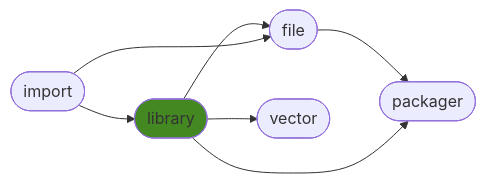
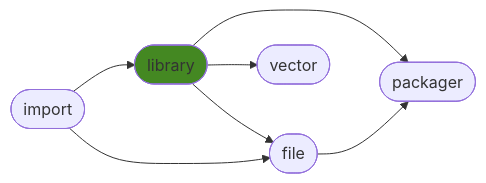
Before and after one commit to ManderaGeneral/generallibrary: the diagram in README.md, drawn with Mermaid. The commit also changed other lines of this file, not shown here.

````diff
--- a/README.md
+++ b/README.md
@@ -24,15 +24,15 @@
 ```mermaid
 flowchart LR
-2([file]) --> 4([packager])
-1([library]) --> 2([file])
+1([library]) --> 4([packager])
 0([import]) --> 1([library])
 1([library]) --> 3([vector])
-1([library]) --> 4([packager])
+1([library]) --> 2([file])
+2([file]) --> 4([packager])
 0([import]) --> 2([file])
 click 0 "https://github.com/ManderaGeneral/generalimport"
 click 1 "https://github.com/ManderaGeneral/generallibrary"
 click 2 "https://github.com/ManderaGeneral/generalfile"
 click 3 "https://github.com/ManderaGeneral/generalvector"
 click 4 "https://github.com/ManderaGeneral/generalpackager"
 style 1 fill:#482
 ```
````
